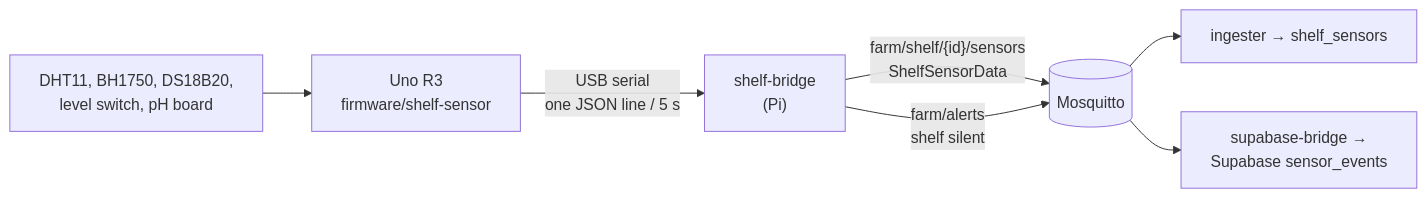
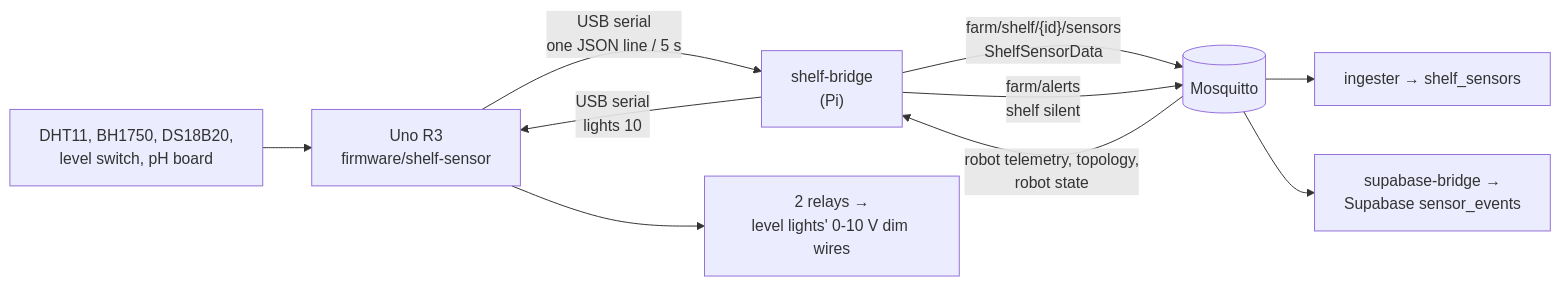
The diagram in docs/shelf-sensors.md (Ca1eb9/verdant-os), drawn with Mermaid before and after one commit. The commit also changed other lines of this file and 13 other files, not shown here.

First line of the commit message:
Level lights (#65)

````diff
--- a/docs/shelf-sensors.md
+++ b/docs/shelf-sensors.md
@@ -8,9 +8,12 @@
 ```mermaid
 flowchart LR
     Sensors["DHT11, BH1750, DS18B20,<br/>level switch, pH board"] --> Uno["Uno R3<br/>firmware/shelf-sensor"]
     Uno -- "USB serial<br/>one JSON line / 5 s" --> Bridge["shelf-bridge<br/>(Pi)"]
     Bridge -- "farm/shelf/{id}/sensors<br/>ShelfSensorData" --> Broker[(Mosquitto)]
     Bridge -- "farm/alerts<br/>shelf silent" --> Broker
     Broker --> Ingester["ingester → shelf_sensors"]
     Broker --> SupaBridge["supabase-bridge →<br/>Supabase sensor_events"]
+    Broker -- "robot telemetry, topology,<br/>robot state" --> Bridge
+    Bridge -- "USB serial<br/>lights 10" --> Uno
+    Uno --> Relays["2 relays →<br/>level lights' 0-10 V dim wires"]
 ```
````
